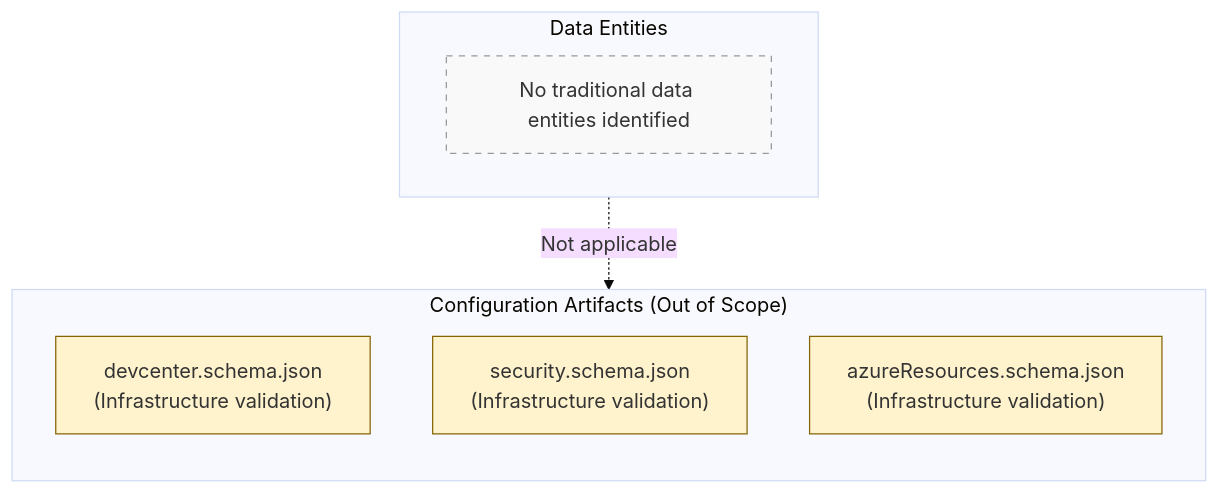
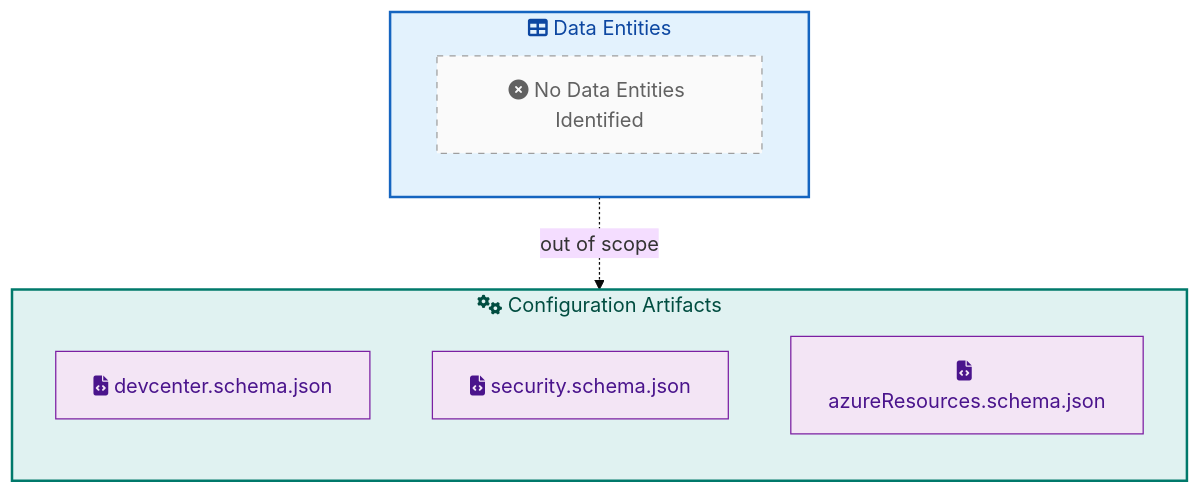
Before and after one commit to Evilazaro/DevExp-DevBox: the first of 4 diagrams in docs/architecture/Data.md, drawn with Mermaid (base theme). The commit also changed other lines of this file, not shown here.

Commit message:
docs: refine Data Architecture document for clarity and structure

````diff
--- a/docs/architecture/Data.md
+++ b/docs/architecture/Data.md
@@ -25,21 +45,26 @@
 ```mermaid
 flowchart TB
-    subgraph DataEntities["Data Entities"]
-        NoEntities["No traditional data entities identified"]
+    subgraph DataEntities["fa:fa-table Data Entities"]
+        NO_ENT["fa:fa-times-circle No Data Entities Identified"]
     end
-    
-    subgraph ConfigurationArtifacts["Configuration Artifacts (Out of Scope)"]
+
+    subgraph ConfigArtifacts["fa:fa-cogs Configuration Artifacts"]
         direction TB
-        Schema1["devcenter.schema.json<br/>(Infrastructure validation)"]
-        Schema2["security.schema.json<br/>(Infrastructure validation)"]
-        Schema3["azureResources.schema.json<br/>(Infrastructure validation)"]
+        SCH_DC["fa:fa-file-code devcenter.schema.json"]
+        SCH_SEC["fa:fa-file-code security.schema.json"]
+        SCH_RES["fa:fa-file-code azureResources.schema.json"]
     end
-    
-    DataEntities -.->|"Not applicable"| ConfigurationArtifacts
-    
-    classDef notFound fill:#f9f9f9,stroke:#999,stroke-dasharray: 5 5
-    classDef outOfScope fill:#fff3cd,stroke:#856404
-    
-    class NoEntities notFound
-    class Schema1,Schema2,Schema3 outOfScope
+
+    DataEntities -.->|"out of scope"| ConfigArtifacts
+
+    %% Style Definitions - Data Architecture
+    classDef L0 fill:#E3F2FD,stroke:#1565C0,stroke-width:2px,color:#0D47A1
+    classDef L1 fill:#E0F2F1,stroke:#00796B,stroke-width:2px,color:#004D40
+    classDef L3 fill:#F3E5F5,stroke:#7B1FA2,stroke-width:1px,color:#4A148C
+    classDef notFound fill:#FAFAFA,stroke:#9E9E9E,stroke-width:1px,stroke-dasharray:5 5,color:#616161
+
+    class DataEntities L0
+    class ConfigArtifacts L1
+    class NO_ENT notFound
+    class SCH_DC,SCH_SEC,SCH_RES L3
 ```
````
